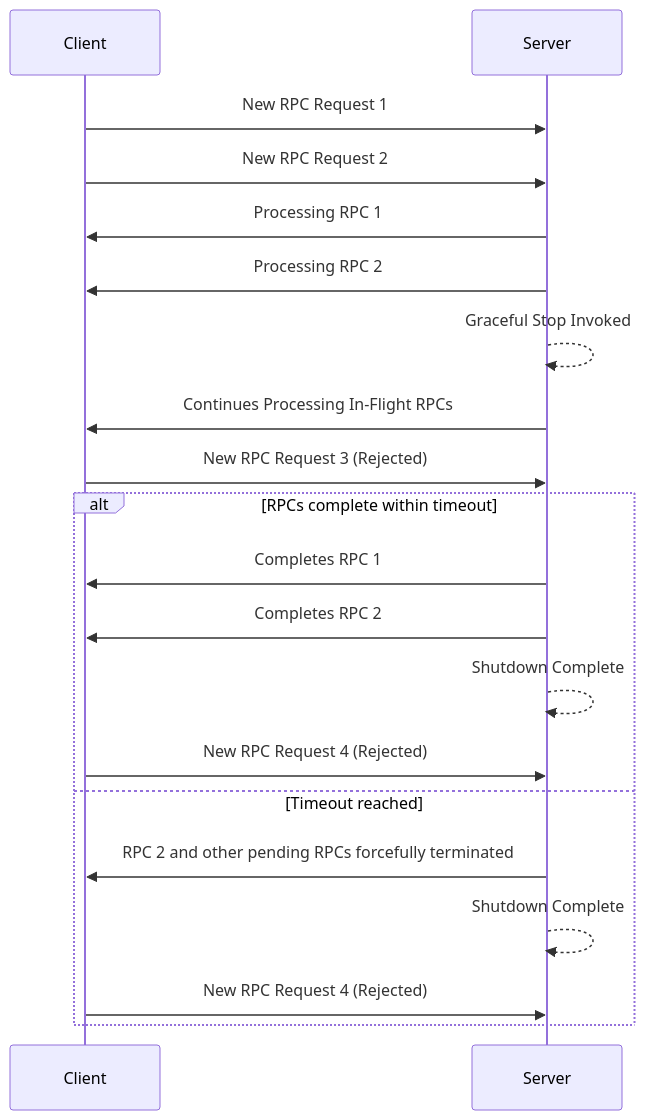
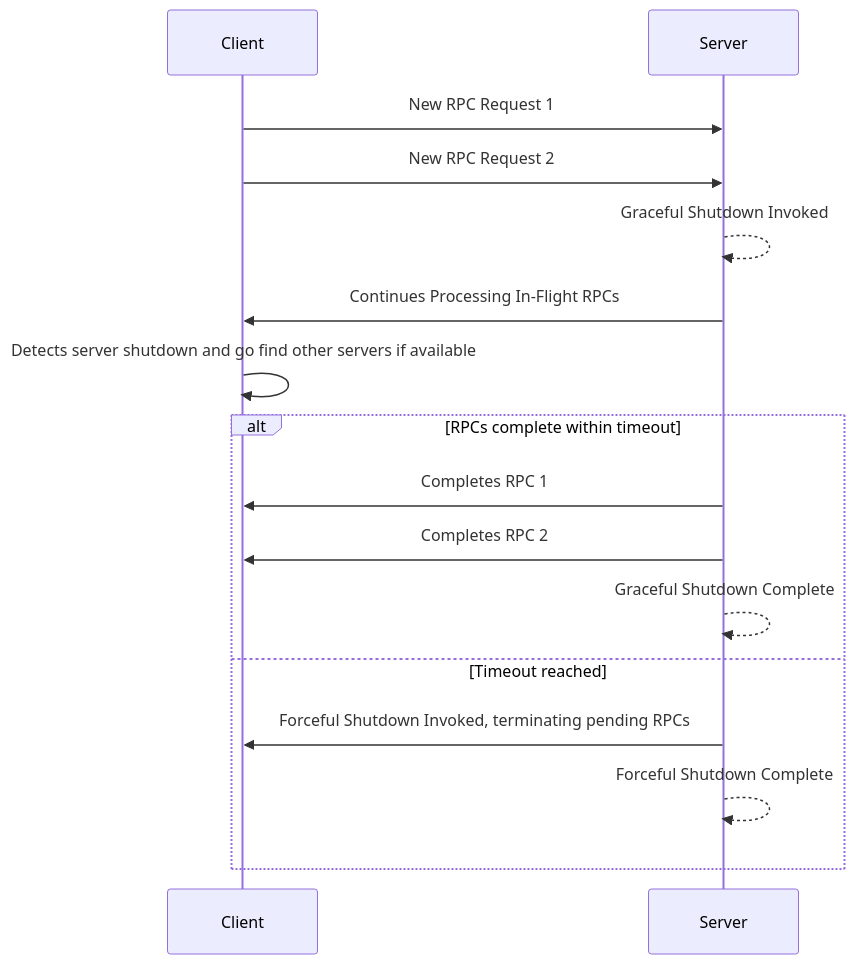
The first of 2 diagrams in content/en/docs/guides/server-graceful-stop.md (grpc/grpc.io), drawn with Mermaid before and after one commit. The commit also changed other lines of this file, not shown here.

Commit message:
address doug's comments

````diff
--- a/content/en/docs/guides/server-graceful-stop.md
+++ b/content/en/docs/guides/server-graceful-stop.md
@@ -42,20 +45,16 @@
 ```mermaid
 sequenceDiagram
 Client->>Server: New RPC Request 1
 Client->>Server: New RPC Request 2
-Server->>Client: Processing RPC 1
-Server->>Client: Processing RPC 2
-Server-->>Server: Graceful Stop Invoked
+Server-->>Server: Graceful Shutdown Invoked
 Server->>Client: Continues Processing In-Flight RPCs
-Client->>Server: New RPC Request 3 (Rejected)
+Client->>Client: Detects server shutdown and go find other servers if available 
 alt RPCs complete within timeout
     Server->>Client: Completes RPC 1
     Server->>Client: Completes RPC 2
-    Server-->>Server: Shutdown Complete
-    Client->>Server: New RPC Request 4 (Rejected)
+    Server-->>Server: Graceful Shutdown Complete
 else Timeout reached
-    Server->>Client: RPC 2 and other pending RPCs forcefully terminated
-    Server-->>Server: Shutdown Complete
-    Client->>Server: New RPC Request 4 (Rejected)
+    Server->>Client: Forceful Shutdown Invoked, terminating pending RPCs
+    Server-->>Server: Forceful Shutdown Complete
 end
 ```
````
